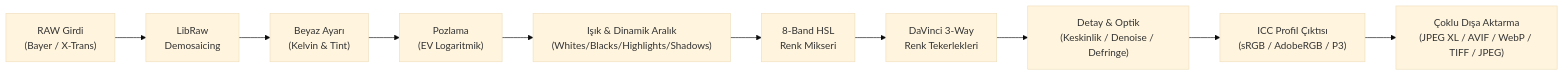
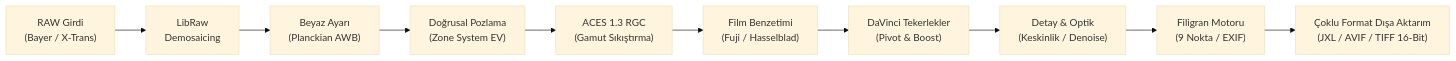
Before and after one commit to ozdil/omarchy-omastudio: the second of 2 diagrams in README.tr.md, drawn with Mermaid (base theme). The commit also changed other lines of this file and 21 other files, not shown here.

Commit message:
feat(engine): integrate ACES 1.3, film simulations, watermarking, and offline AI pipeline

````diff
--- a/README.tr.md
+++ b/README.tr.md
@@ -67,12 +74,12 @@
 ```mermaid
 flowchart LR
     A[" RAW Girdi<br/>(Bayer / X-Trans)"] --> B[" LibRaw<br/>Demosaicing"]
-    B --> C[" Beyaz Ayarı<br/>(Kelvin & Tint)"]
-    C --> D[" Pozlama<br/>(EV Logaritmik)"]
-    D --> E[" Işık & Dinamik Aralık<br/>(Whites/Blacks/Highlights/Shadows)"]
-    E --> F[" 8-Band HSL<br/>Renk Mikseri"]
-    F --> G[" DaVinci 3-Way<br/>Renk Tekerlekleri"]
-    G --> H[" Detay & Optik<br/>(Keskinlik / Denoise / Defringe)"]
-    H --> I[" ICC Profil Çıktısı<br/>(sRGB / AdobeRGB / P3)"]
-    I --> J[" Çoklu Dışa Aktarma<br/>(JPEG XL / AVIF / WebP / TIFF / JPEG)"]
+    B --> C[" Beyaz Ayarı<br/>(Planckian AWB)"]
+    C --> D[" Doğrusal Pozlama<br/>(Zone System EV)"]
+    D --> E[" ACES 1.3 RGC<br/>(Gamut Sıkıştırma)"]
+    E --> F[" Film Benzetimi<br/>(Fuji / Hasselblad)"]
+    F --> G[" DaVinci Tekerlekler<br/>(Pivot & Boost)"]
+    G --> H[" Detay & Optik<br/>(Keskinlik / Denoise)"]
+    H --> I[" Filigran Motoru<br/>(9 Nokta / EXIF)"]
+    I --> J[" Çoklu Format Dışa Aktarım<br/>(JXL / AVIF / TIFF 16-Bit)"]
 ```
````
